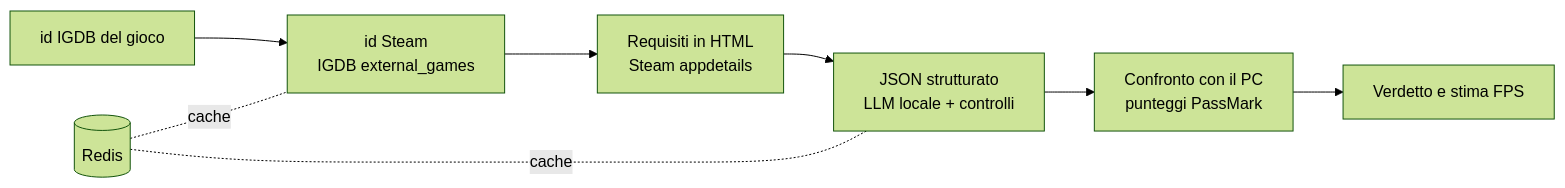
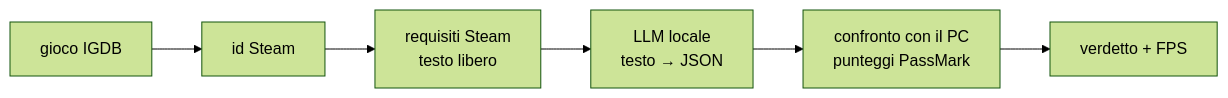
Before and after one commit to Th3LastCodeBender/TerranovaChallenge-A.L.E.: the diagram in Documentazione/CanIRun.md, drawn with Mermaid (forest theme). The commit also changed other lines of this file and 7 other files, not shown here.

````diff
--- a/Documentazione/CanIRun.md
+++ b/Documentazione/CanIRun.md
@@ -7,10 +7,8 @@
 ```mermaid
 flowchart LR
-    A[id IGDB del gioco] --> B[id Steam<br/>IGDB external_games]
-    B --> C[Requisiti in HTML<br/>Steam appdetails]
-    C --> D[JSON strutturato<br/>LLM locale + controlli]
-    D --> E[Confronto con il PC<br/>punteggi PassMark]
-    E --> F[Verdetto e stima FPS]
-    R[(Redis)] -.cache.- B
-    R -.cache.- D
+    A[gioco IGDB] --> B[id Steam]
+    B --> C[requisiti Steam<br/>testo libero]
+    C --> D[LLM locale<br/>testo → JSON]
+    D --> E[confronto con il PC<br/>punteggi PassMark]
+    E --> F[verdetto + FPS]
 ```
````
